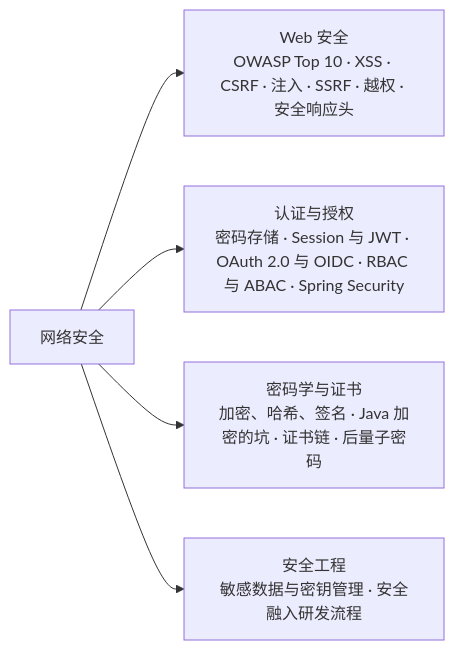
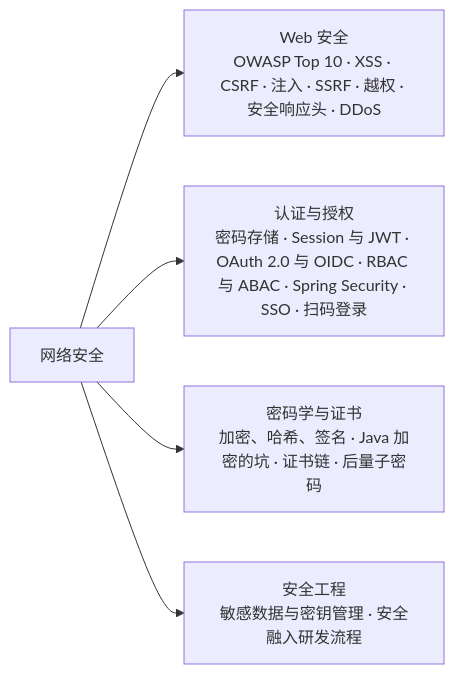
One commit to liulangjietou/interview changed the first of 16 diagrams in 08-计算机基础/39-网络安全.md. Above: the diagram before and after it, drawn with Mermaid. The commit also changed other lines of this file and 5 other files, not shown here.

````diff
--- a/08-计算机基础/39-网络安全.md
+++ b/08-计算机基础/39-网络安全.md
@@ -15,7 +15,7 @@
 ```mermaid
 flowchart LR
-    ROOT["网络安全"] --> W["Web 安全<br/>OWASP Top 10 · XSS · CSRF · 注入 · SSRF · 越权 · 安全响应头"]
-    ROOT --> A["认证与授权<br/>密码存储 · Session 与 JWT · OAuth 2.0 与 OIDC · RBAC 与 ABAC · Spring Security"]
+    ROOT["网络安全"] --> W["Web 安全<br/>OWASP Top 10 · XSS · CSRF · 注入 · SSRF · 越权 · 安全响应头 · DDoS"]
+    ROOT --> A["认证与授权<br/>密码存储 · Session 与 JWT · OAuth 2.0 与 OIDC · RBAC 与 ABAC · Spring Security · SSO · 扫码登录"]
     ROOT --> C["密码学与证书<br/>加密、哈希、签名 · Java 加密的坑 · 证书链 · 后量子密码"]
     ROOT --> E["安全工程<br/>敏感数据与密钥管理 · 安全融入研发流程"]
 ```
````
